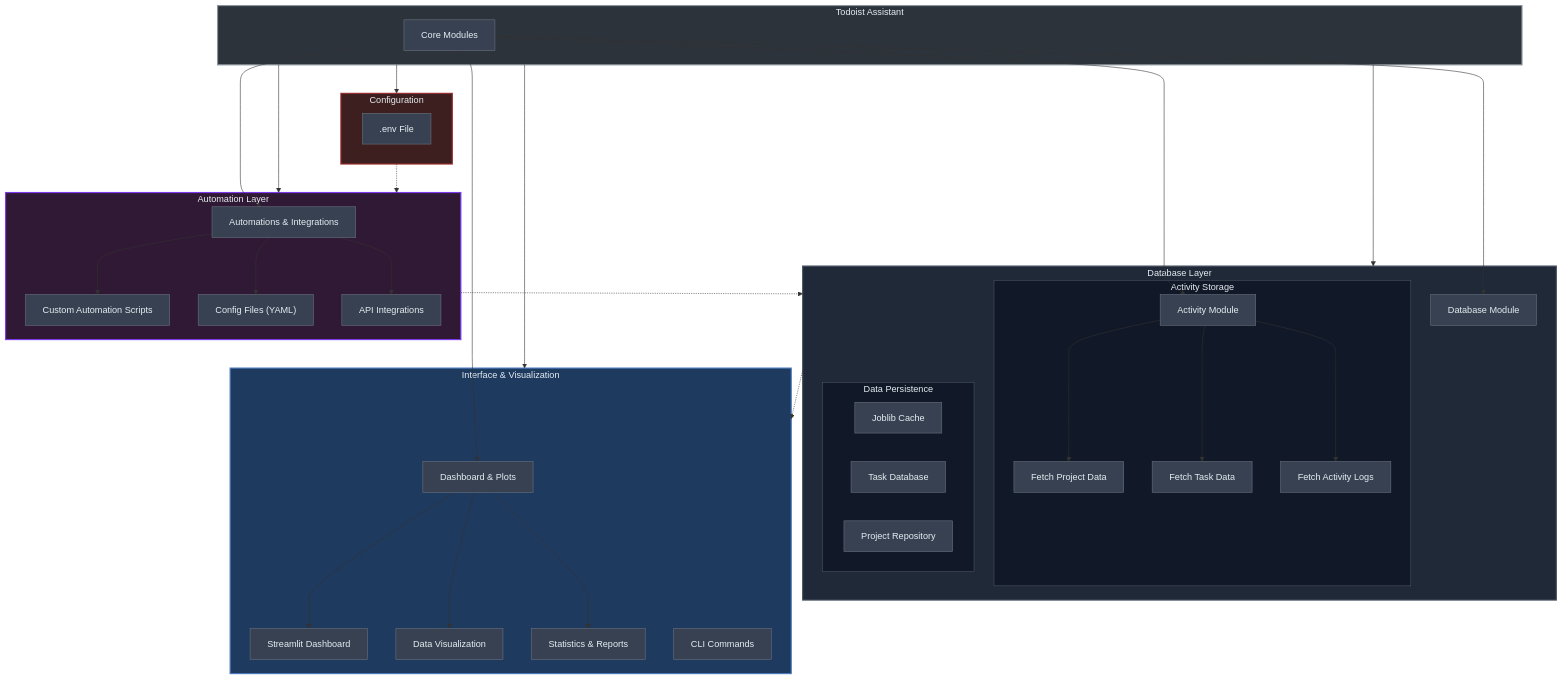
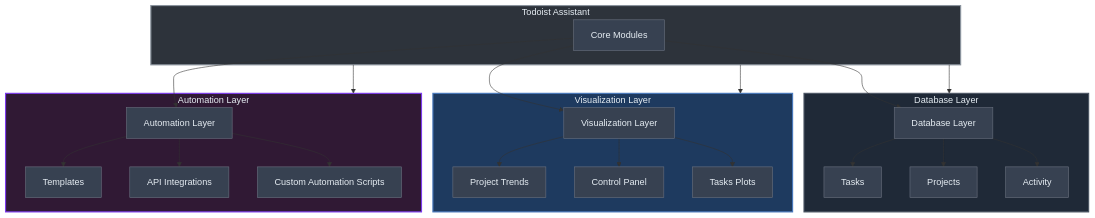
The diagram in README.md (mtyrolski/todoist-assistant), drawn with Mermaid before and after one commit. The commit also changed other lines of this file, not shown here.

Commit message:
README mermaid

````diff
--- a/README.md
+++ b/README.md
@@ -10,78 +11,54 @@
 ```mermaid
 flowchart TD
-    A["Core Modules"] --> B["Activity Module"]
-    A --> C["Database Module"]
-    A --> D["Dashboard & Plots"]
-    A --> E["Automations & Integrations"]
+    A["Core Modules"] --> B["Automation Layer"]
+    A --> C["Database Layer"]
+    A --> D["Visualization Layer"]
     
-    B --> F["Fetch Project Data"]
-    B --> G["Fetch Task Data"]
-    B --> H["Fetch Activity Logs"]
+    B --> E["Templates"]
+    B --> F["API Integrations"]
+    B --> G["Custom Automation Scripts"]
     
-    D --> J["Streamlit Dashboard"]
-    D --> P["Data Visualization"]
-    D --> Q["Statistics & Reports"]
+    C --> H["Tasks"]
+    C --> I["Projects"]
+    C --> J["Activity"]
     
-    E --> M["Custom Automation Scripts"]
-    E --> N["Config Files (YAML)"]
-    E --> R["API Integrations"]
+    D --> K["Project Trends"]
+    D --> L["Control Panel"]
+    D --> M["Tasks Plots"]
     
     subgraph TodoistAssistant["Todoist Assistant"]
         style TodoistAssistant fill:#2d333b,stroke:#8b949e,stroke-width:2px,color:#e6edf3
         A
     end
     
     subgraph DatabaseLayer["Database Layer"]
         style DatabaseLayer fill:#1f2937,stroke:#4b5563,stroke-width:2px,color:#e6edf3
         C
-        
-        subgraph ActivityStore["Activity Storage"]
-            style ActivityStore fill:#111827,stroke:#4b5563,stroke-width:1px,color:#e6edf3
-            B
-            F
-            G
-            H
-        end
-        
-        subgraph DataPersistence["Data Persistence"]
-            style DataPersistence fill:#111827,stroke:#4b5563,stroke-width:1px,color:#e6edf3
-            L["Joblib Cache"]
-            S["Task Database"]
-            T["Project Repository"]
-        end
+        H
+        I
+        J
     end
     
-    subgraph UILayer["Interface & Visualization"]
-        style UILayer fill:#1e3a5f,stroke:#4878bc,stroke-width:2px,color:#e6edf3
+    subgraph VisualizationLayer["Visualization Layer"]
+        style VisualizationLayer fill:#1e3a5f,stroke:#4878bc,stroke-width:2px,color:#e6edf3
         D
-        J
-        P
-        Q
-        I["CLI Commands"]
+        K
+        L
+        M
     end
     
     subgraph AutomationLayer["Automation Layer"]
         style AutomationLayer fill:#301934,stroke:#7c3aed,stroke-width:2px,color:#e6edf3
+        B
         E
-        M
-        N
-        R
-    end
-    
-    subgraph ConfigLayer["Configuration"]
-        style ConfigLayer fill:#3c1f1e,stroke:#9b2c2c,stroke-width:2px,color:#e6edf3
-        K[".env File"]
+        F
+        G
     end
     
     TodoistAssistant --> DatabaseLayer
-    TodoistAssistant --> UILayer
+    TodoistAssistant --> VisualizationLayer
     TodoistAssistant --> AutomationLayer
-    TodoistAssistant --> ConfigLayer
-    
-    DatabaseLayer -.-> UILayer
-    AutomationLayer -.-> DatabaseLayer
-    ConfigLayer -.-> AutomationLayer
     
     classDef darkNode fill:#374151,stroke:#6b7280,color:#e6edf3;
-    class A,B,C,D,E,F,G,H,I,J,K,L,M,N,P,Q,R,S,T darkNode;
+    class A,B,C,D,E,F,G,H,I,J,K,L,M darkNode;
 ```
````
